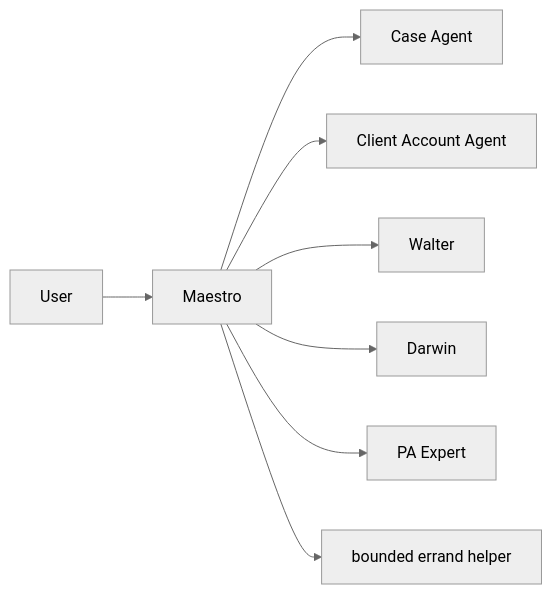
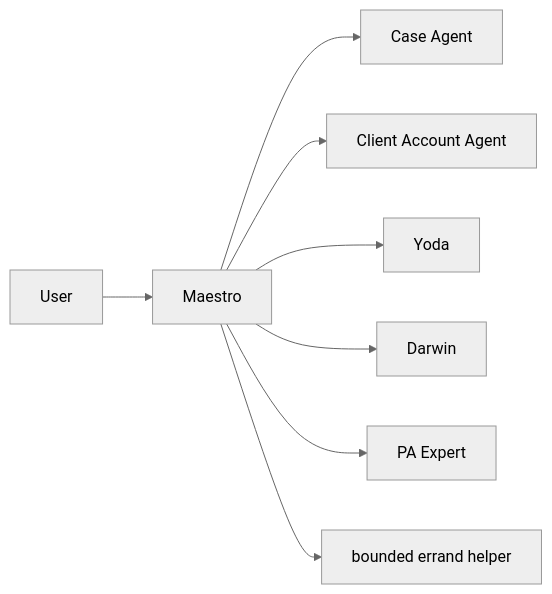
One commit to agentic-os-brasil/bcg-brasil-agentic-os changed the diagram in specs/016-workspace-agent-boundaries.md. Above: the diagram before and after it, drawn with Mermaid (neutral theme). The commit also changed other lines of this file and 159 other files, not shown here.

First line of the commit message:
refactor: rename Walter → Mestre Yoda 🧙 (persona, package, contracts) (#375)

````diff
--- a/specs/016-workspace-agent-boundaries.md
+++ b/specs/016-workspace-agent-boundaries.md
@@ -6,10 +6,10 @@
 ```mermaid
 flowchart LR
   User --> Maestro
   Maestro --> Case[Case Agent]
   Maestro --> Account[Client Account Agent]
-  Maestro --> Walter
+  Maestro --> Yoda
   Maestro --> Darwin
   Maestro --> PA[PA Expert]
   Maestro --> Errand[bounded errand helper]
 ```
````
